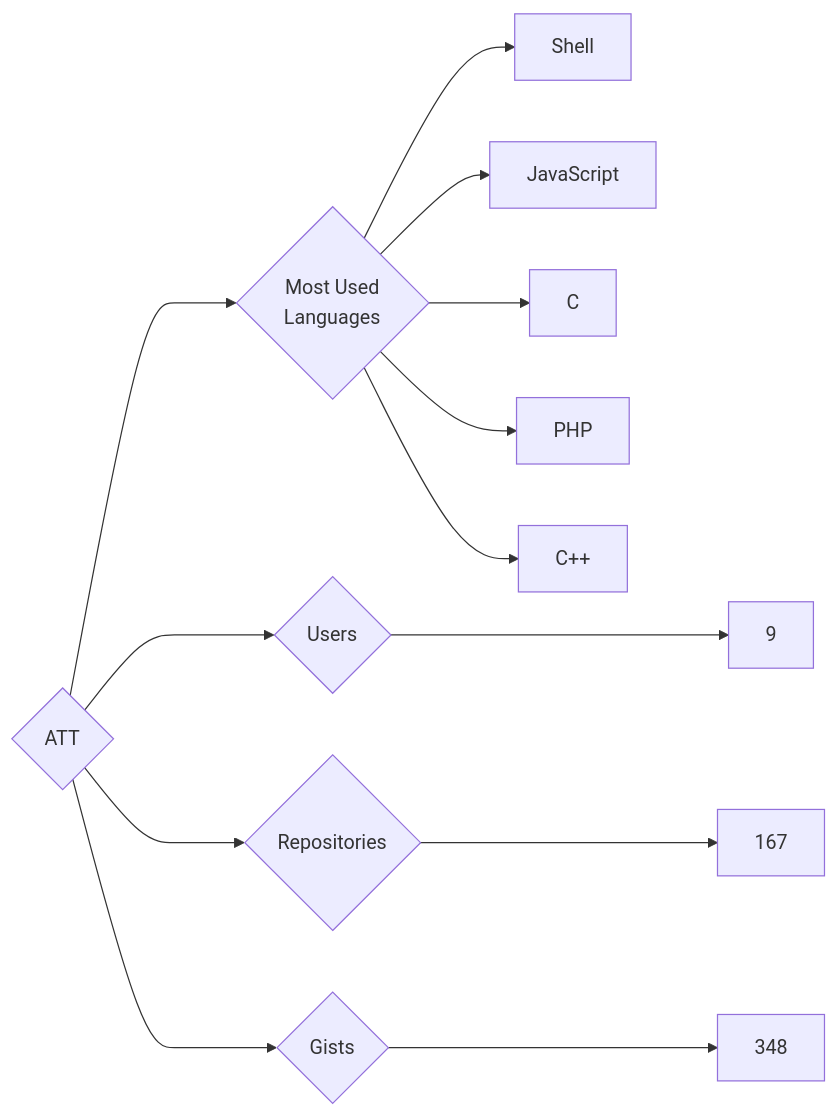
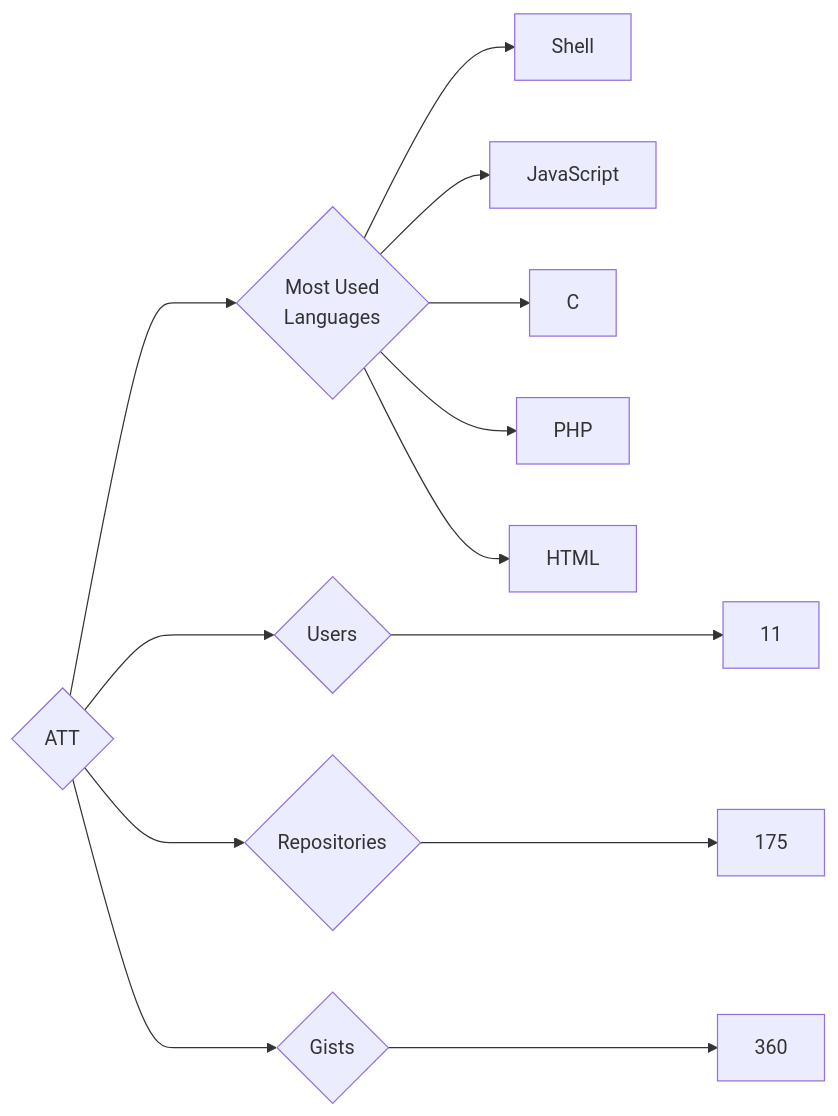
Before and after one commit to trickest/insiders: the diagram in targets/ATT/README.md, drawn with Mermaid. The commit also changed 899 other files, not shown here.

````diff
--- a/targets/ATT/README.md
+++ b/targets/ATT/README.md
@@ -3,13 +3,13 @@
 ```mermaid
 graph LR
 COMPANY_NAME{ATT}
-COMPANY_NAME ---> U{Users} ---> UN[9]
-COMPANY_NAME ---> R{Repositories} ---> RN[167]
-COMPANY_NAME ---> G{Gists} ---> GN[348]
+COMPANY_NAME ---> U{Users} ---> UN[11]
+COMPANY_NAME ---> R{Repositories} ---> RN[175]
+COMPANY_NAME ---> G{Gists} ---> GN[360]
 COMPANY_NAME ---> ML{Most Used<br>Languages}
 ML --> Shell[Shell]
 ML --> JavaScript[JavaScript]
 ML --> C[C]
 ML --> PHP[PHP]
-ML --> C++[C++]
+ML --> HTML[HTML]
 ```
````
